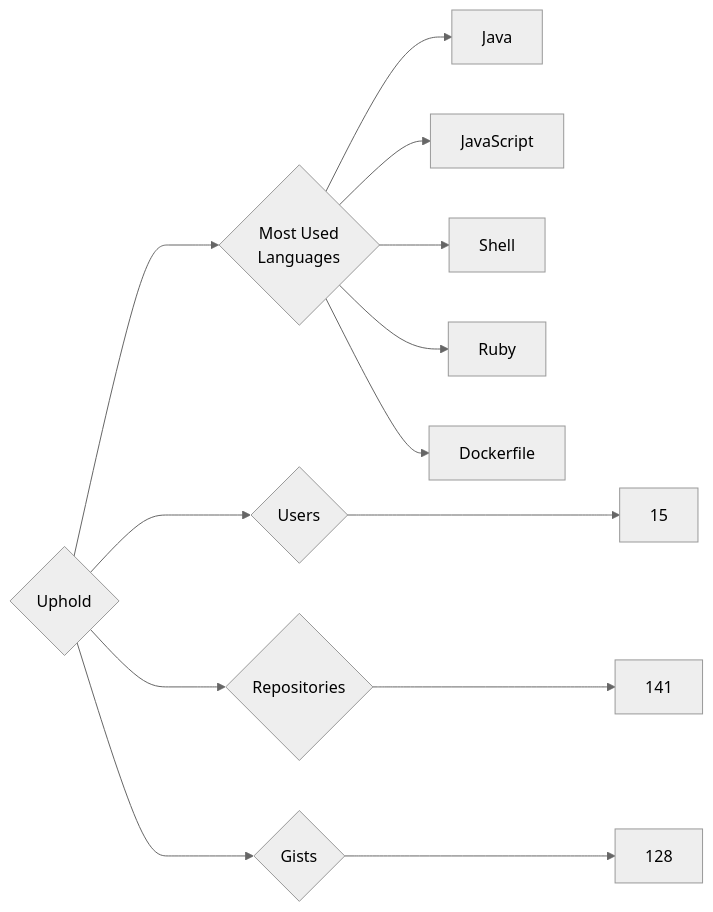
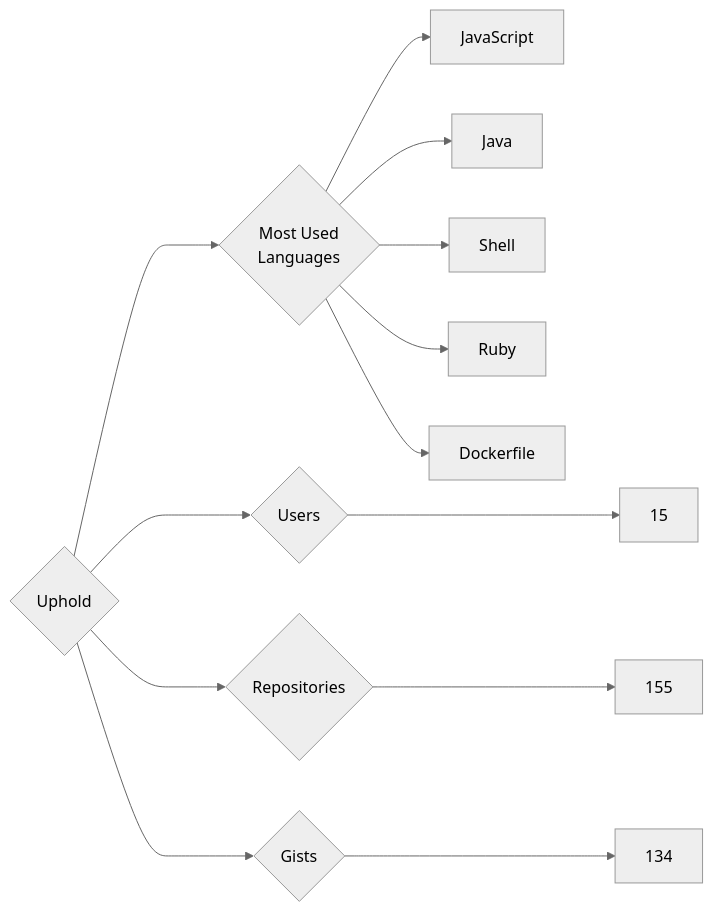
Before and after one commit to trickest/insiders: the diagram in targets/Uphold/README.md, drawn with Mermaid (neutral theme). The commit also changed 903 other files, not shown here.

````diff
--- a/targets/Uphold/README.md
+++ b/targets/Uphold/README.md
@@ -3,13 +3,13 @@
 ```mermaid
 graph LR
 COMPANY_NAME{Uphold}
 COMPANY_NAME ---> U{Users} ---> UN[15]
-COMPANY_NAME ---> R{Repositories} ---> RN[141]
-COMPANY_NAME ---> G{Gists} ---> GN[128]
+COMPANY_NAME ---> R{Repositories} ---> RN[155]
+COMPANY_NAME ---> G{Gists} ---> GN[134]
 COMPANY_NAME ---> ML{Most Used<br>Languages}
+ML --> JavaScript[JavaScript]
 ML --> Java[Java]
-ML --> JavaScript[JavaScript]
 ML --> Shell[Shell]
 ML --> Ruby[Ruby]
 ML --> Dockerfile[Dockerfile]
 ```
````
